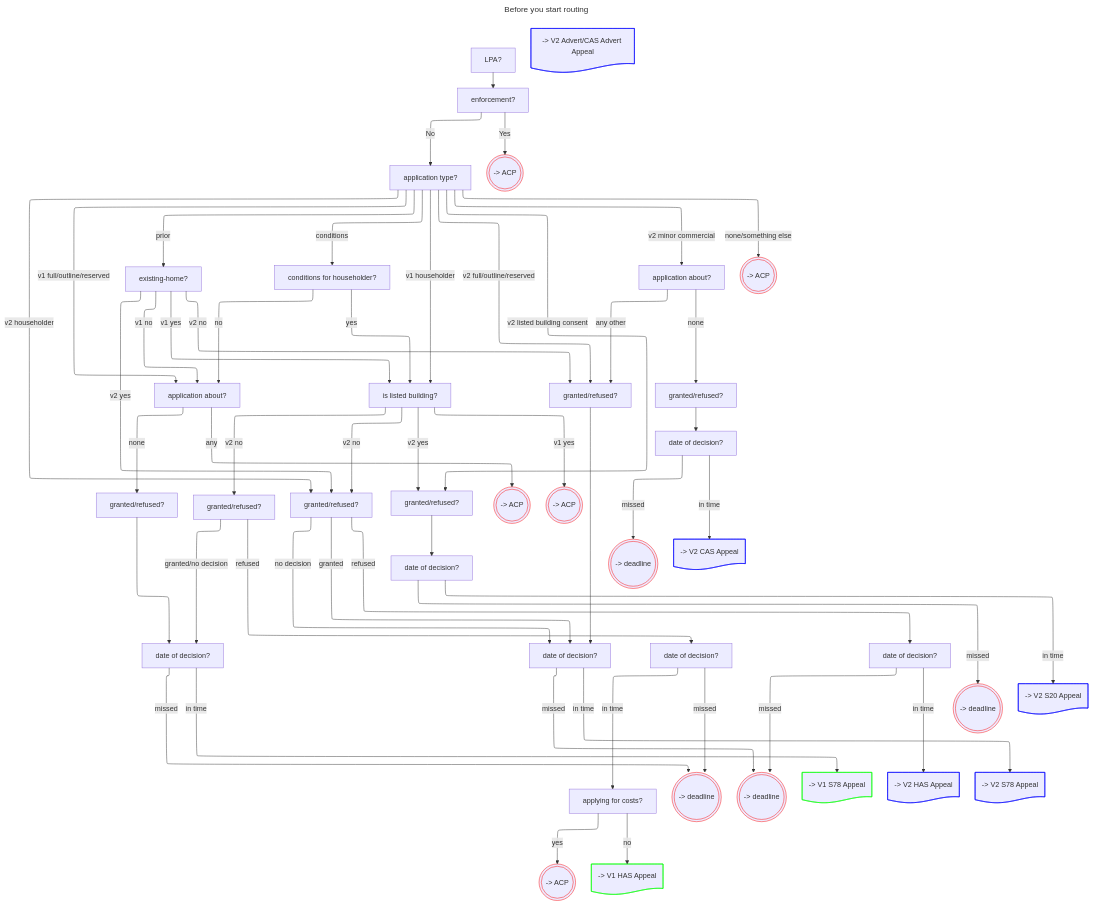
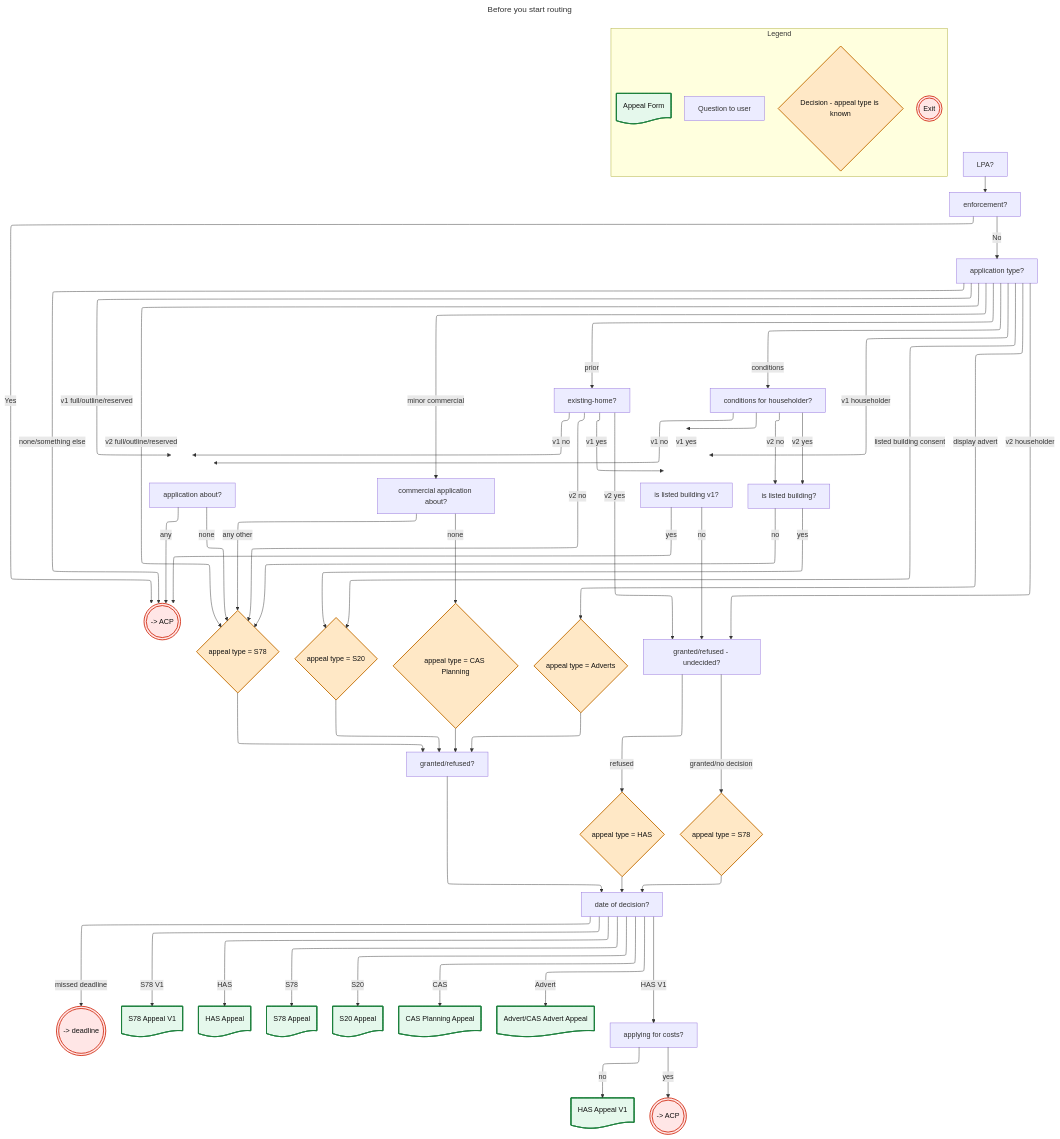
One commit to Planning-Inspectorate/appeal-planning-decision changed the diagram in docs/before-you-start.md. Above: the diagram before and after it, drawn with Mermaid.

Commit message:
docs: update BYS flow chart docs

````diff
--- a/docs/before-you-start.md
+++ b/docs/before-you-start.md
@@ -8,128 +8,120 @@
 flowchart TD
     %%{init: {"flowchart": {"defaultRenderer": "elk"}} }%%
 
+    %% Legend
+    subgraph Legend
+        legQuestion[Question to user]
+        legDecision{Decision - appeal type is known}:::decisionStyle
+        legAppealForm@{ shape: doc, label: "Appeal Form" }
+        legExit(((Exit))):::exitStyle
+    end
+
+    %% Exit
+    deadline(((-> deadline))):::exitStyle
+    acp1(((-> ACP))):::exitStyle
+
+    %% Decisions
+    decideHAS{appeal type = HAS}:::decisionStyle
+    decideS78A{appeal type = S78}:::decisionStyle
+    decideS78B{appeal type = S78}:::decisionStyle
+    decideS20{appeal type = S20}:::decisionStyle
+    decideCAS{appeal type = CAS Planning}:::decisionStyle
+    decideAdvert{appeal type = Adverts}:::decisionStyle
+
+    %% Appeal Forms
+    HAS_V1@{ shape: doc, label: "HAS Appeal V1" }
+    S78_V1@{ shape: doc, label: "S78 Appeal V1" }
+    HAS@{ shape: doc, label: "HAS Appeal" }
+    S78@{ shape: doc, label: "S78 Appeal" }
+    S20@{ shape: doc, label: "S20 Appeal" }
+    CAS@{ shape: doc, label: "CAS Planning Appeal" }
+    Advert@{ shape: doc, label: "Advert/CAS Advert Appeal" }
+
     %% questions
     lpa[LPA?]
-    enf[enforcement?]
-    app[application type?]
-    appAbout[application about?]
-    appAboutCAS[application about?]
-    listed[is listed building?]
+    enforcement[enforcement?]
+    applicationType[application type?]
+    applicationAbout[application about?]
+    applicationAboutCAS[commercial application about?]
     existingHome[existing-home?]
-    conditionsHouseHolder[conditions for householder?]
-    costsHouseHolder[applying for costs?]
-    refused[granted/refused?]
-    refusedV2[granted/refused?]
-    refusedV2CAS[granted/refused?]
-    refusedHouseHolder[granted/refused?]
-    refusedHouseHolderV2[granted/refused?]
-    refusedListedV2[granted/refused?]
+    conditionsHouseholder[conditions for householder?]
+    listedBuildingV1[is listed building v1?]
+    listedBuilding[is listed building?]
+    grantedRefused[granted/refused?]
+    grantedRefusedUndecided[granted/refused - undecided?]
+    decisionDate[date of decision?]
+    costsHouseholder[applying for costs?]
 
-    %% simplified - no decision has different wording for date
-    date[date of decision?]
-    dateV2[date of decision?]
-    dateHouseHolder[date of decision?]
-    dateHouseHolderV2[date of decision?]
-    dateListedV2[date of decision?]
-    dateV2CAS[date of decision?]
+    %% routing
+    lpa --> enforcement
 
-    %% Exit paths, multiple acp nodes to simplify graph rendering
-    deadline(((-> deadline)))
-    deadline2(((-> deadline)))
-    deadline3(((-> deadline)))
-    deadline4(((-> deadline)))
-    acp(((-> ACP)))
-    acp2(((-> ACP)))
-    acp3(((-> ACP)))
-    acp4(((-> ACP)))
-    acp5(((-> ACP)))
-    classDef exitStyle stroke:#ff0000,stroke-width:1px;
-    class acp,acp2,acp3,acp4,acp5,deadline,deadline2,deadline3,deadline4 exitStyle;
+    enforcement -- Yes --> acp1
+    enforcement -- No --> applicationType
 
-    %% Forms
-    v1HAS@{ shape: doc, label: "-> V1 HAS Appeal" }
-    v1S78@{ shape: doc, label: "-> V1 S78 Appeal" }
-    v2HAS@{ shape: doc, label: "-> V2 HAS Appeal" }
-    v2S78@{ shape: doc, label: "-> V2 S78 Appeal" }
-    v2S20@{ shape: doc, label: "-> V2 S20 Appeal" }
-    v2CAS@{ shape: doc, label: "-> V2 CAS Appeal" }
-    v2Advert@{ shape: doc, label: "-> V2 Advert/CAS Advert Appeal" }
-    classDef v1 stroke:#00ff00,stroke-width:1px;
-    classDef v2 stroke:#0000ff,stroke-width:1px;
-    class v1HAS,v1S78 v1;
-    class v2HAS,v2S78,v2S20,v2Advert,v2CAS v2;
+    applicationType -- v1 full/outline/reserved --> applicationAbout
+    applicationType -- v2 full/outline/reserved --> decideS78A
+    applicationType -- v1 householder --> listedBuildingV1
+    applicationType -- v2 householder --> grantedRefusedUndecided
+    applicationType -- listed building consent --> decideS20
+    applicationType -- display advert --> decideAdvert
+    applicationType -- minor commercial --> applicationAboutCAS
+    applicationType -- prior --> existingHome
+    applicationType -- conditions --> conditionsHouseholder
+    applicationType -- none/something else --> acp1
 
-    %% common routes
-    lpa --> enf
-    enf -- Yes --> acp
-    enf -- No --> app
-    app -- none/something else --> acp2
-    app -- prior --> existingHome
+    applicationAbout -- any --> acp1
+    applicationAbout -- none --> decideS78A
 
-    %% v1 routes
-    app -- v1 full/outline/reserved --> appAbout
-    app -- v1 householder --> listed
+    applicationAboutCAS -- none --> decideCAS
+    applicationAboutCAS -- any other --> decideS78A
 
-    existingHome -- v1 yes --> listed
-    existingHome -- v1 no --> appAbout
+    existingHome -- v1 yes --> listedBuildingV1
+    existingHome -- v1 no --> applicationAbout
 
-    conditionsHouseHolder -- yes --> listed
-    conditionsHouseHolder -- no --> appAbout
+    existingHome -- v2 yes --> grantedRefusedUndecided
+	existingHome -- v2 no --> decideS78A
 
-    appAbout -- any --> acp3
-    appAbout -- none --> refused
+    conditionsHouseholder -- v1 yes --> listedBuildingV1
+    conditionsHouseholder -- v1 no --> applicationAbout
 
-    listed -- v1 yes --> acp4
+    conditionsHouseholder -- v2 yes --> listedBuilding
+    conditionsHouseholder -- v2 no --> listedBuilding
 
-    refused --> date
+    listedBuildingV1 -- yes --> acp1
+    listedBuildingV1 -- no --> grantedRefusedUndecided
 
-    refusedHouseHolder -- granted/no decision --> date
-    refusedHouseHolder -- refused --> dateHouseHolder
+    listedBuilding -- yes --> decideS20
+    listedBuilding -- no --> decideS78A
 
-    date -- missed --> deadline
-    date -- in time --> v1S78
+    decideS78A --> grantedRefused
+    decideS20 --> grantedRefused
+    decideAdvert --> grantedRefused
+    decideCAS --> grantedRefused
 
-    dateHouseHolder -- missed --> deadline
-    dateHouseHolder -- in time --> costsHouseHolder
+    grantedRefused --> decisionDate
 
-    costsHouseHolder -- no --> v1HAS
-    costsHouseHolder -- yes --> acp5
+    grantedRefusedUndecided -- granted/no decision --> decideS78B
+    grantedRefusedUndecided -- refused --> decideHAS
 
-    %% v2 routes
-    app -- v2 full/outline/reserved --> refusedV2
-    app -- v2 listed building consent --> refusedListedV2
-    app -- v2 householder --> refusedHouseHolderV2
-    app -- conditions --> conditionsHouseHolder
-    app -- v2 minor commercial --> appAboutCAS
+    decideHAS --> decisionDate
+    decideS78B --> decisionDate
 
-    appAboutCAS -- none --> refusedV2CAS
-    appAboutCAS -- any other -->  refusedV2
-    refusedV2CAS --> dateV2CAS
+    decisionDate -- missed deadline --> deadline
+    decisionDate -- HAS --> HAS
+    decisionDate -- S78 --> S78
+    decisionDate -- Advert --> Advert
+    decisionDate -- CAS --> CAS
+    decisionDate -- S20 --> S20
+    decisionDate -- S78 V1 --> S78_V1
+    decisionDate -- HAS V1 --> costsHouseholder
 
-    dateV2CAS -- missed --> deadline4
-    dateV2CAS -- in time --> v2CAS
+    costsHouseholder -- no --> HAS_V1
+    costsHouseholder -- yes --> acpCosts(((-> ACP))):::exitStyle
 
-    listed -- v2 yes --> refusedListedV2
-    listed -- v2 no --> refusedHouseHolder
-    listed -- v2 no --> refusedHouseHolderV2
+    %% styles
+    classDef decisionStyle fill:#ffe8c6,stroke:#c26d00,color:#111,stroke-width:2px;
+    classDef appealForm fill:#e5f8ec,stroke:#1b7f3c,color:#111,stroke-width:2px;
+    classDef exitStyle fill:#ffe6e6,stroke:#d4351c,color:#111,stroke-width:2px;
 
-    existingHome -- v2 yes --> refusedHouseHolderV2
-	existingHome -- v2 no --> refusedV2
-
-    refusedListedV2 --> dateListedV2
-
-    refusedHouseHolderV2 -- granted --> dateV2
-    refusedHouseHolderV2 -- no decision --> dateV2
-    refusedHouseHolderV2 -- refused --> dateHouseHolderV2
-
-    refusedV2 --> dateV2
-
-    dateV2 -- missed --> deadline2
-    dateV2 -- in time --> v2S78
-
-    dateListedV2 -- missed --> deadline3
-    dateListedV2 -- in time --> v2S20
-
-    dateHouseHolderV2 -- in time --> v2HAS
-    dateHouseHolderV2 -- missed --> deadline2
+    class HAS_V1,S78_V1,HAS,S78,S20,Advert,CAS,legAppealForm,example appealForm;
 ```
````
